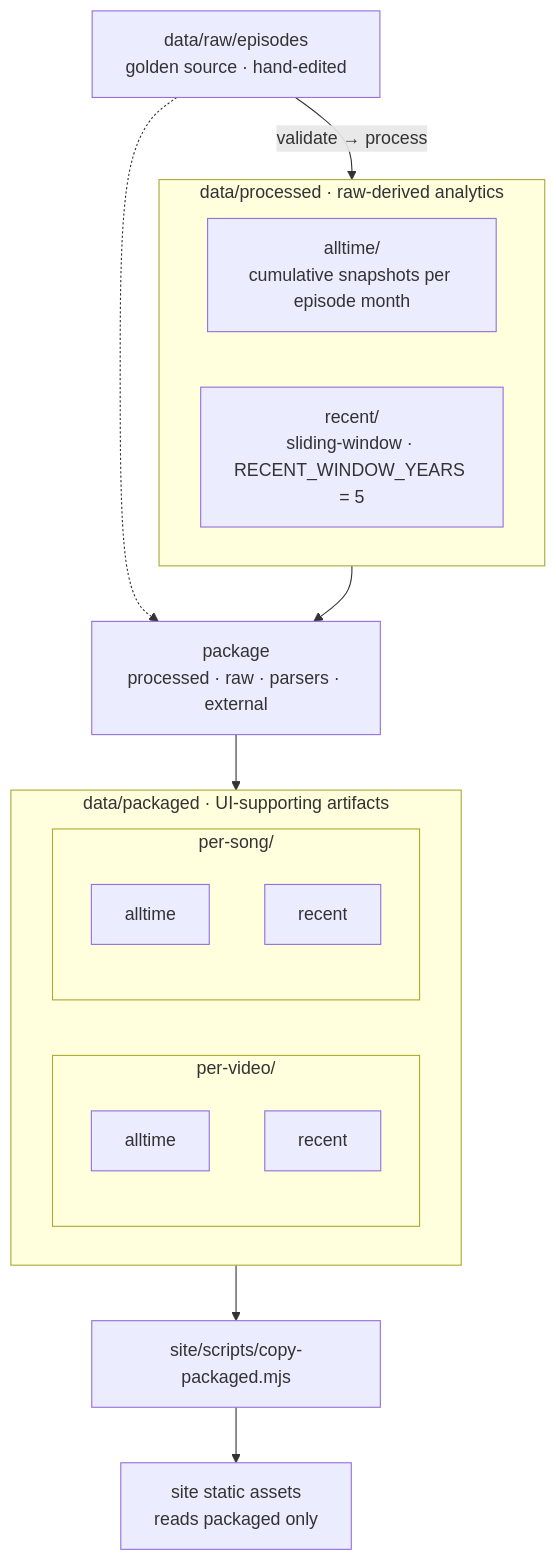
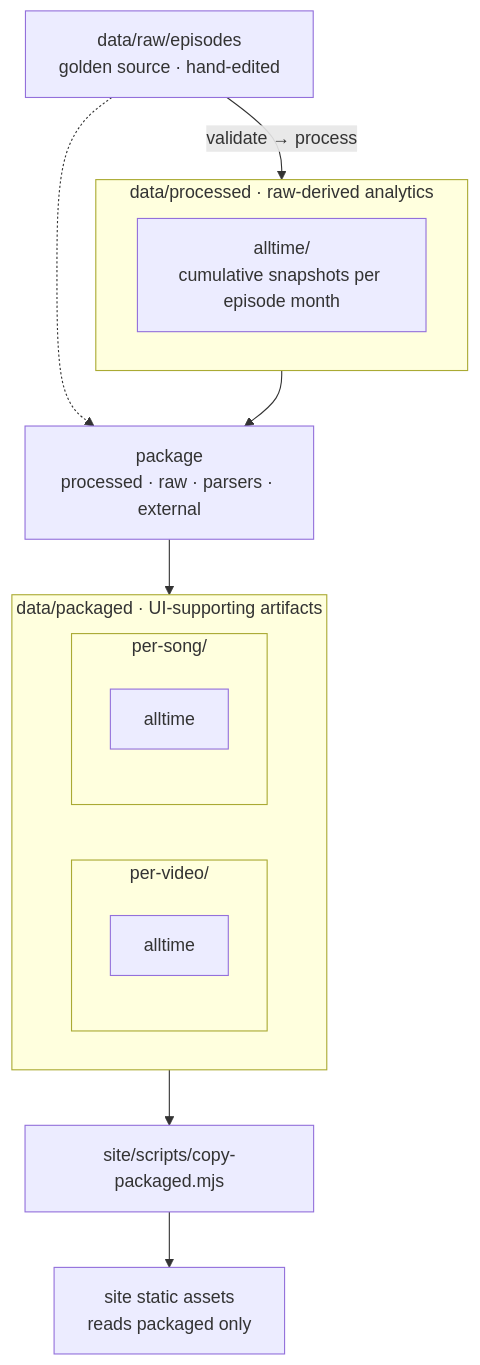
The diagram in data/README.md (ruslanbes/eurovision-top-20), drawn with Mermaid before and after one commit. The commit also changed other lines of this file and 374 other files, not shown here.

````diff
--- a/data/README.md
+++ b/data/README.md
@@ -9,32 +9,29 @@
 ```mermaid
 flowchart TB
   raw["data/raw/episodes<br/>golden source · hand-edited"]
 
   subgraph processed["data/processed · raw-derived analytics"]
     alltime["alltime/<br/>cumulative snapshots per episode month"]
-    recent["recent/<br/>sliding-window · RECENT_WINDOW_YEARS = 5"]
   end
 
   package["package<br/>processed · raw · parsers · external"]
 
   subgraph packaged["data/packaged · UI-supporting artifacts"]
     direction LR
     subgraph per_video["per-video/"]
       pv_alltime["alltime"]
-      pv_recent["recent"]
     end
     subgraph per_song["per-song/"]
       ps_alltime["alltime"]
-      ps_recent["recent"]
     end
   end
 
   prebuild["site/scripts/copy-packaged.mjs"]
   site["site static assets<br/>reads packaged only"]
 
   raw -->|"validate → process"| processed
   processed --> package
   raw -.-> package
   package --> packaged
   packaged --> prebuild --> site
 ```
````
